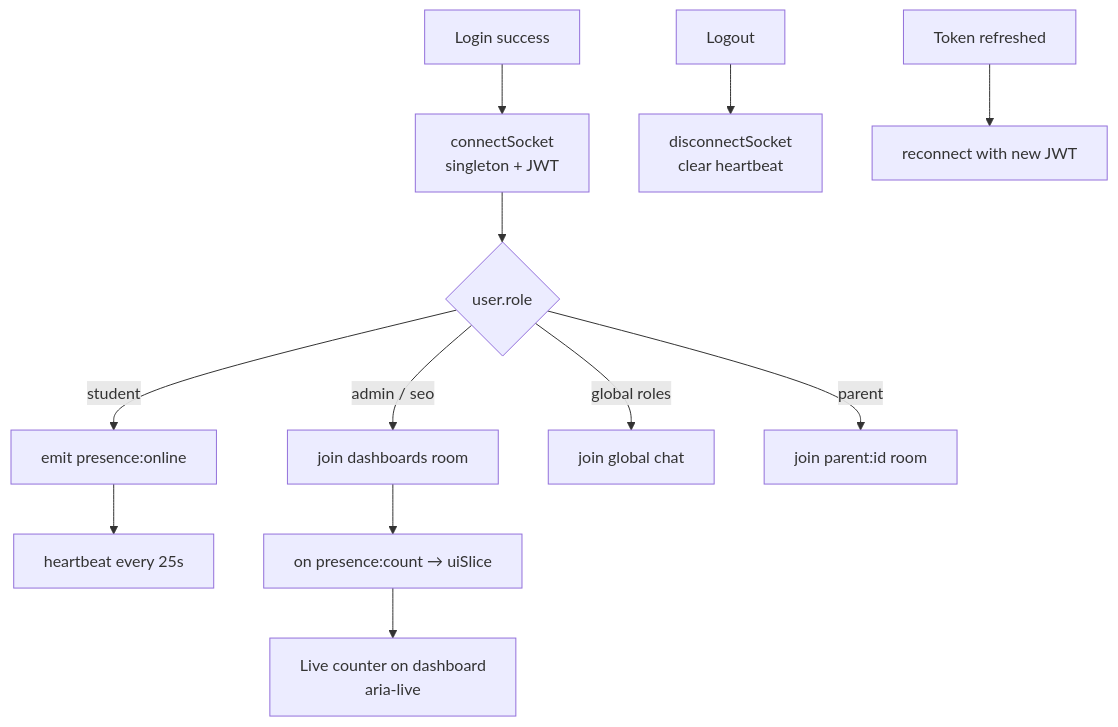
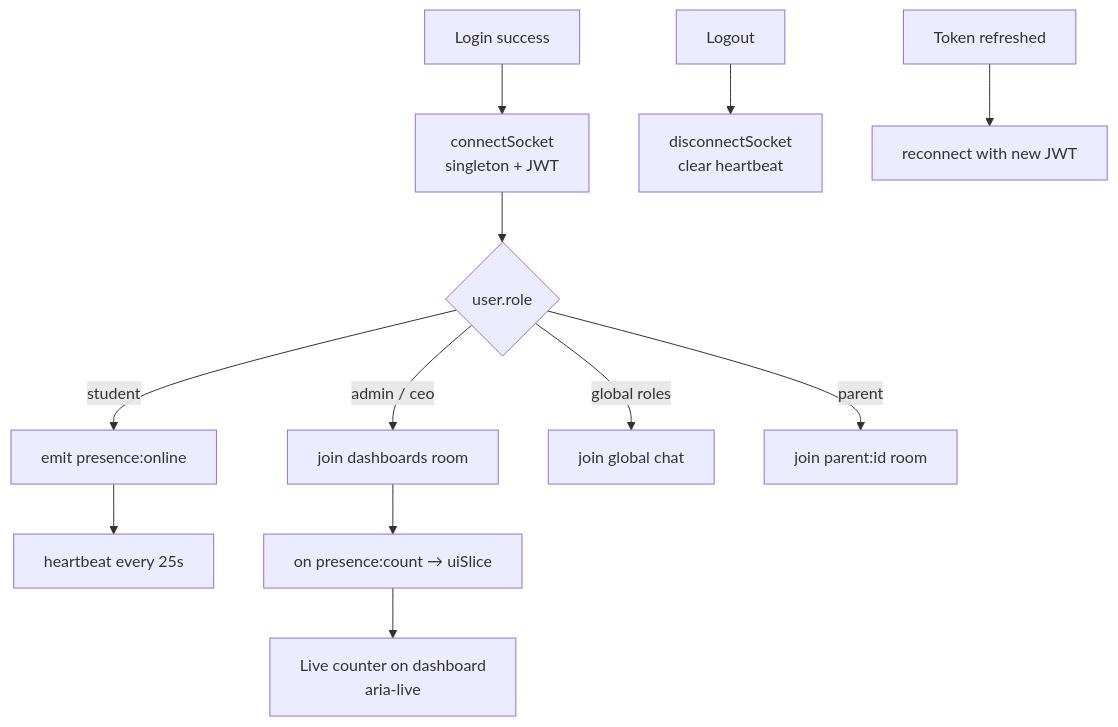
Before and after one commit to Azizbek0010/LevelUP_academy: the fourth of 7 diagrams in docs/diagrams/Frontend-Architecture-Diagrams.md, drawn with Mermaid. The commit also changed other lines of this file and 216 other files, not shown here.

First line of the commit message:
feat: SaaS Control Center + rename role SEO -> CEO

````diff
--- a/docs/diagrams/Frontend-Architecture-Diagrams.md
+++ b/docs/diagrams/Frontend-Architecture-Diagrams.md
@@ -97,18 +97,18 @@
 ```mermaid
 flowchart TD
     LOGIN[Login success] --> CS[connectSocket<br/>singleton + JWT]
     CS --> ROLE{user.role}
 
     ROLE -- student --> PO[emit presence:online]
     PO --> HB[heartbeat every 25s]
 
-    ROLE -- admin / seo --> DASH[join dashboards room]
+    ROLE -- admin / ceo --> DASH[join dashboards room]
     DASH --> CNT[on presence:count → uiSlice]
     CNT --> UI[Live counter on dashboard<br/>aria-live]
 
     ROLE -- global roles --> GJ[join global chat]
     ROLE -- parent --> PJ[join parent:id room]
 
     LOGOUT[Logout] --> DS[disconnectSocket<br/>clear heartbeat]
     REFRESH[Token refreshed] --> RC[reconnect with new JWT]
 ```
````
